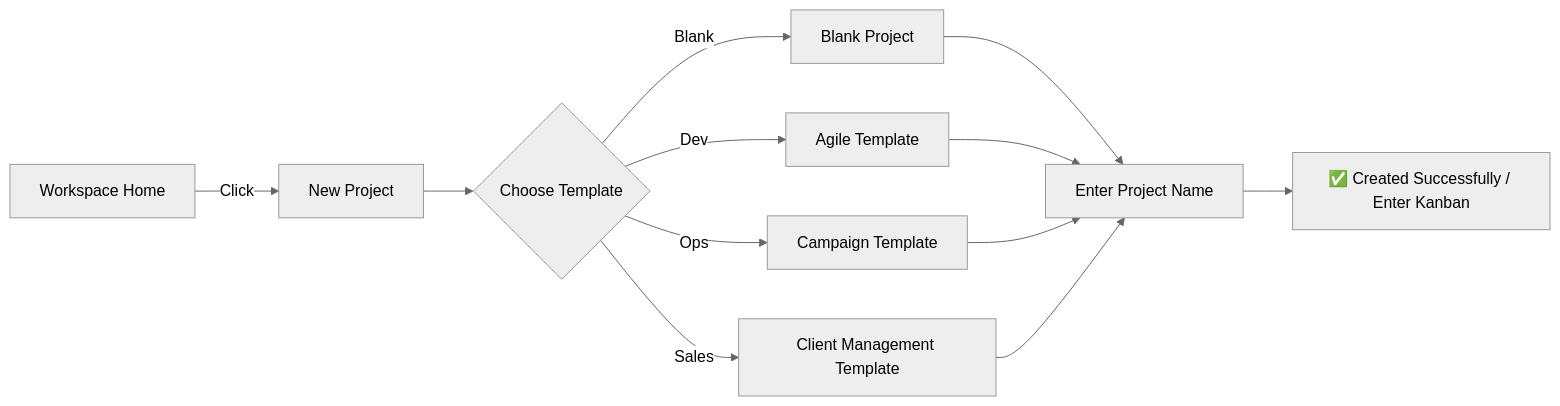
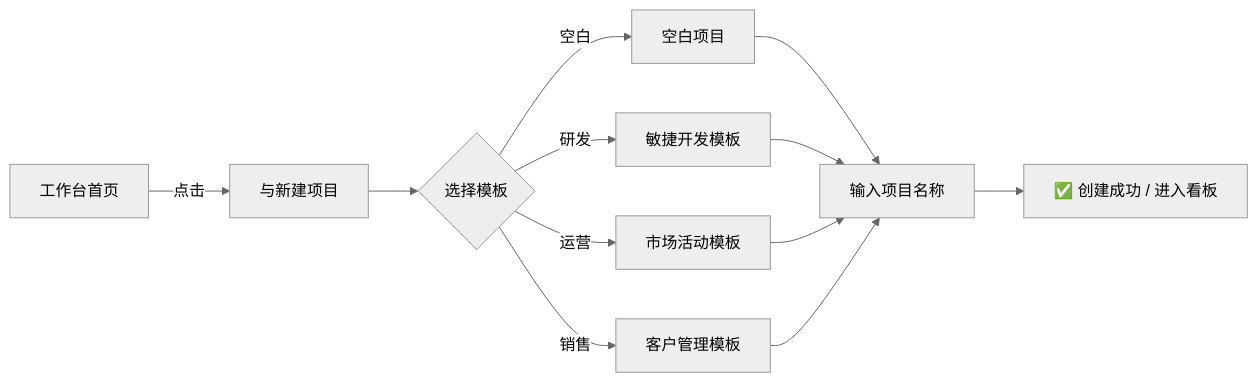
The third of 7 diagrams in templates/Product/Operations/Template-User-Guide.md (Kirky-X/cangjie), drawn with Mermaid (neutral theme) before and after one commit. The commit also changed other lines of this file and 33 other files, not shown here.

````diff
--- a/templates/Product/Operations/Template-User-Guide.md
+++ b/templates/Product/Operations/Template-User-Guide.md
@@ -148,14 +148,14 @@
 ```mermaid
 flowchart LR
-    A[Workspace Home] -->|Click| B[New Project]
-    B --> C{Choose Template}
-    C -->|Blank| D1[Blank Project]
-    C -->|Dev| D2[Agile Template]
-    C -->|Ops| D3[Campaign Template]
-    C -->|Sales| D4[Client Management Template]
-    D1 --> E[Enter Project Name]
-    D2 --> E[Enter Project Name]
-    D3 --> E[Enter Project Name]
-    D4 --> E[Enter Project Name]
-    E --> F[✅ Created Successfully / Enter Kanban]
+    A[工作台首页] -->|点击| B[与新建项目]
+    B --> C{选择模板}
+    C -->|空白| D1[空白项目]
+    C -->|研发| D2[敏捷开发模板]
+    C -->|运营| D3[市场活动模板]
+    C -->|销售| D4[客户管理模板]
+    D1 --> E[输入项目名称]
+    D2 --> E[输入项目名称]
+    D3 --> E[输入项目名称]
+    D4 --> E[输入项目名称]
+    E --> F[✅ 创建成功 / 进入看板]
 ```
````
